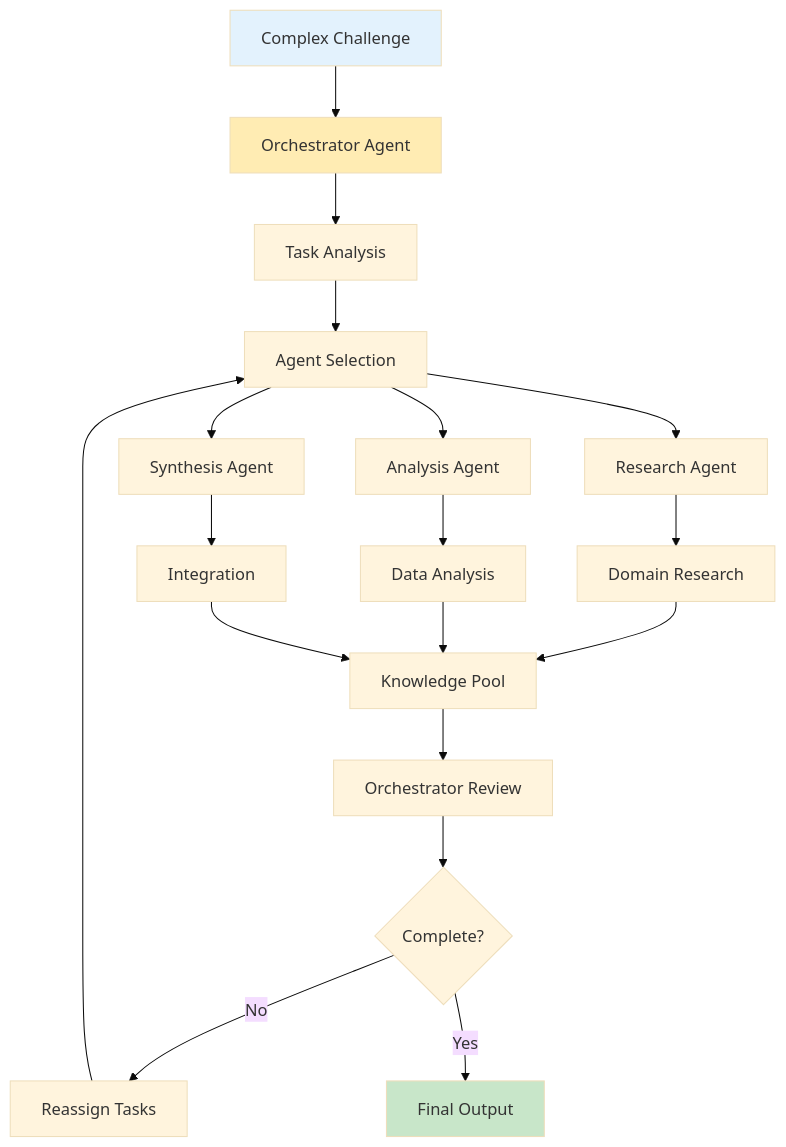
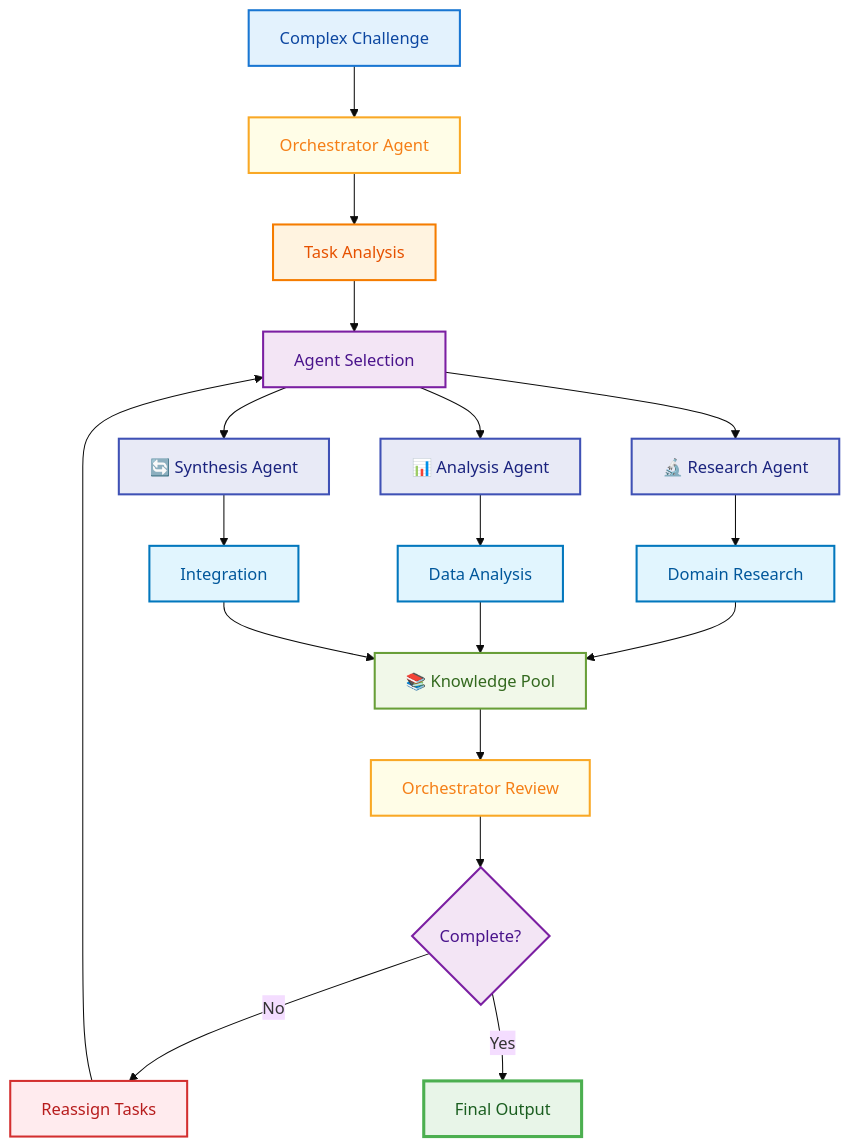
Before and after one commit to raphaelmansuy/tutorials: the ninth of 21 diagrams in 34_agentic_ai_design_patterns.md, drawn with Mermaid (base theme). The commit also changed other lines of this file, not shown here.

````diff
--- a/34_agentic_ai_design_patterns.md
+++ b/34_agentic_ai_design_patterns.md
@@ -307,27 +555,39 @@
 ```mermaid
-graph TD
+flowchart TD
     A[Complex Challenge] --> B[Orchestrator Agent]
     B --> C[Task Analysis]
     C --> D[Agent Selection]
-    D --> E[Research Agent]
-    D --> F[Analysis Agent]
-    D --> G[Synthesis Agent]
+    D --> E[🔬 Research Agent]
+    D --> F[📊 Analysis Agent]
+    D --> G[🔄 Synthesis Agent]
 
     E --> H[Domain Research]
     F --> I[Data Analysis]
     G --> J[Integration]
 
-    H --> K[Knowledge Pool]
+    H --> K[📚 Knowledge Pool]
     I --> K
     J --> K
 
     K --> L[Orchestrator Review]
     L --> M{Complete?}
     M -->|No| N[Reassign Tasks]
     N --> D
     M -->|Yes| O[Final Output]
 
-    style A fill:#e3f2fd
-    style O fill:#c8e6c9
-    style B fill:#ffecb3
+    style A fill:#E3F2FD,stroke:#1976D2,stroke-width:2px,color:#0D47A1
+    style B fill:#FFFDE7,stroke:#F9A825,stroke-width:2px,color:#F57F17
+    style C fill:#FFF3E0,stroke:#F57C00,stroke-width:2px,color:#E65100
+    style D fill:#F3E5F5,stroke:#7B1FA2,stroke-width:2px,color:#4A148C
+    style E fill:#E8EAF6,stroke:#3F51B5,stroke-width:2px,color:#1A237E
+    style F fill:#E8EAF6,stroke:#3F51B5,stroke-width:2px,color:#1A237E
+    style G fill:#E8EAF6,stroke:#3F51B5,stroke-width:2px,color:#1A237E
+    style H fill:#E1F5FE,stroke:#0277BD,stroke-width:2px,color:#01579B
+    style I fill:#E1F5FE,stroke:#0277BD,stroke-width:2px,color:#01579B
+    style J fill:#E1F5FE,stroke:#0277BD,stroke-width:2px,color:#01579B
+    style K fill:#F1F8E9,stroke:#689F38,stroke-width:2px,color:#33691E
+    style L fill:#FFFDE7,stroke:#F9A825,stroke-width:2px,color:#F57F17
+    style M fill:#F3E5F5,stroke:#7B1FA2,stroke-width:2px,color:#4A148C
+    style N fill:#FFEBEE,stroke:#D32F2F,stroke-width:2px,color:#B71C1C
+    style O fill:#E8F5E8,stroke:#4CAF50,stroke-width:3px,color:#1B5E20
 ```
````
